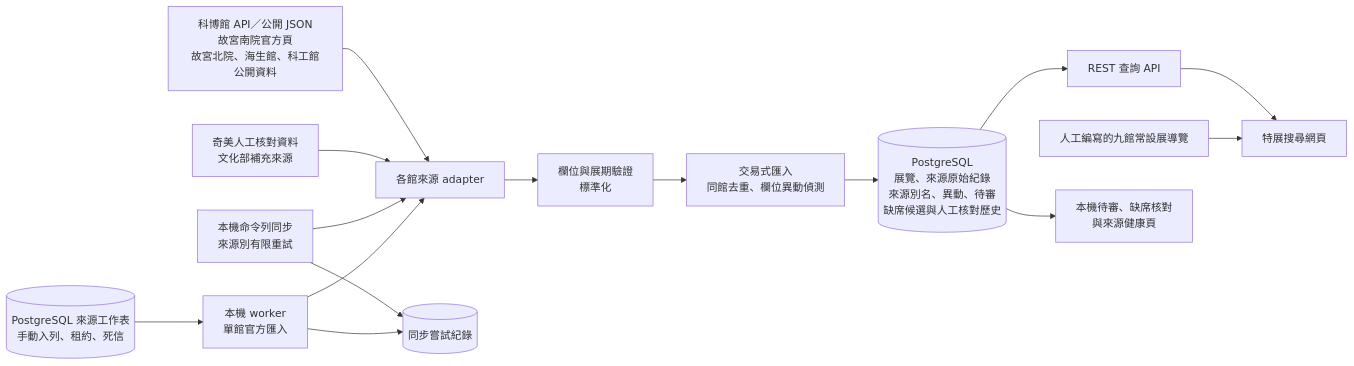
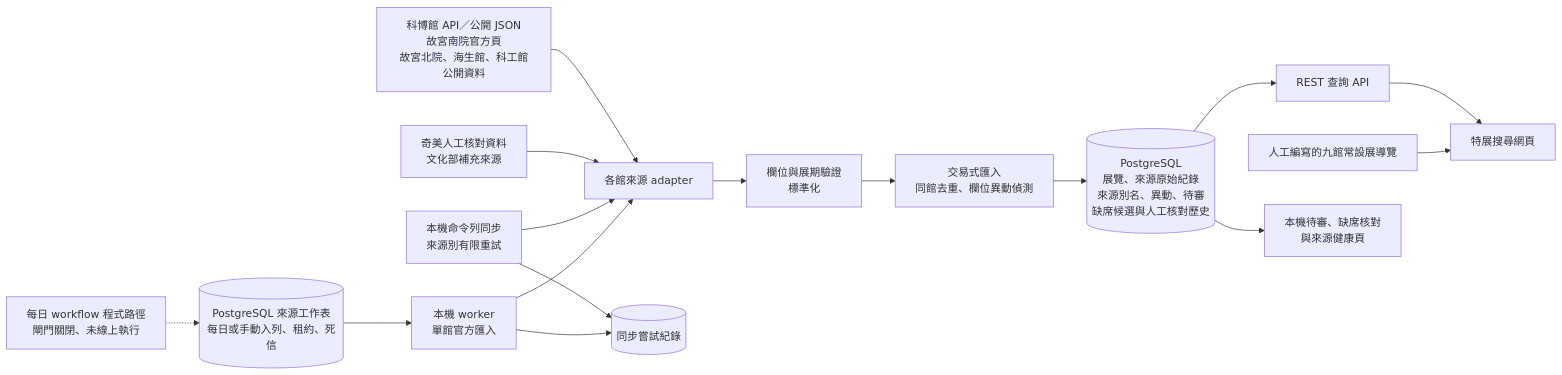
The diagram in docs/architecture.md (AndyLinStrongtyping/event-radar), drawn with Mermaid before and after one commit. The commit also changed other lines of this file and 14 other files, not shown here.

Commit message:
Wire daily source sync through PostgreSQL jobs

````diff
--- a/docs/architecture.md
+++ b/docs/architecture.md
@@ -7,17 +7,18 @@
 ```mermaid
 flowchart LR
     A["科博館 API／公開 JSON<br/>故宮南院官方頁<br/>故宮北院、海生館、科工館公開資料"] --> B["各館來源 adapter"]
     C["奇美人工核對資料<br/>文化部補充來源"] --> B
     B --> D["欄位與展期驗證<br/>標準化"]
     D --> E["交易式匯入<br/>同館去重、欄位異動偵測"]
     E --> F[("PostgreSQL<br/>展覽、來源原始紀錄<br/>來源別名、異動、待審<br/>缺席候選與人工核對歷史")]
     G["本機命令列同步<br/>來源別有限重試"] --> B
     G --> H[("同步嘗試紀錄")]
-    Q[("PostgreSQL 來源工作表<br/>手動入列、租約、死信")] --> W["本機 worker<br/>單館官方匯入"]
+    S["每日 workflow 程式路徑<br/>閘門關閉、未線上執行"] -.-> Q
+    Q[("PostgreSQL 來源工作表<br/>每日或手動入列、租約、死信")] --> W["本機 worker<br/>單館官方匯入"]
     W --> B
     W --> H
     F --> I["REST 查詢 API"]
     I --> J["特展搜尋網頁"]
     K["人工編寫的九館常設展導覽"] --> J
     F --> L["本機待審、缺席核對<br/>與來源健康頁"]
 ```
````
